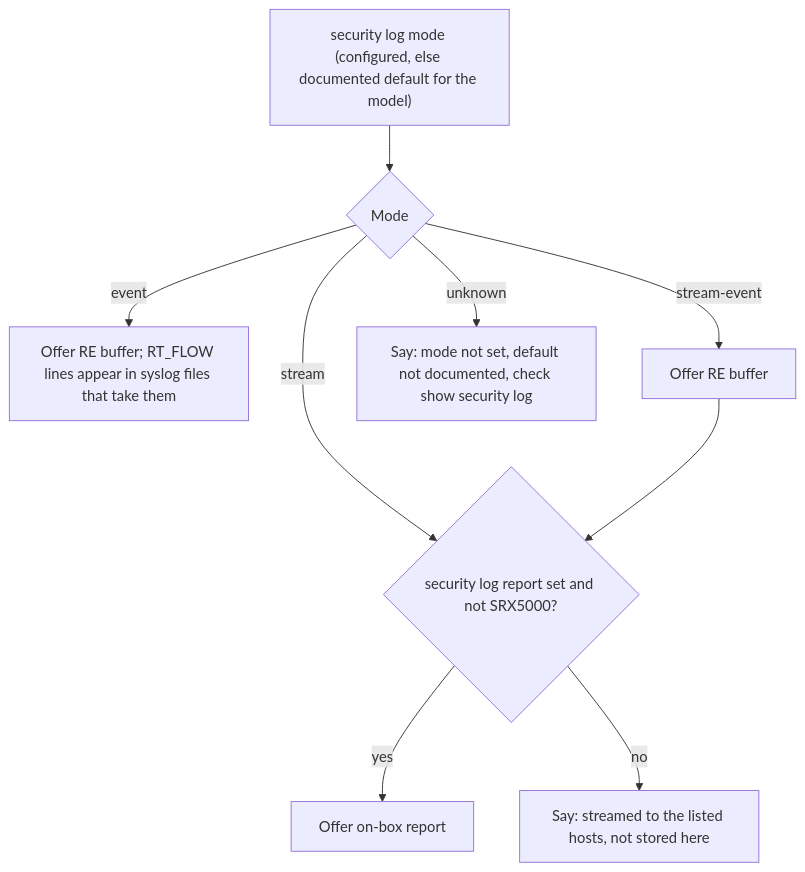
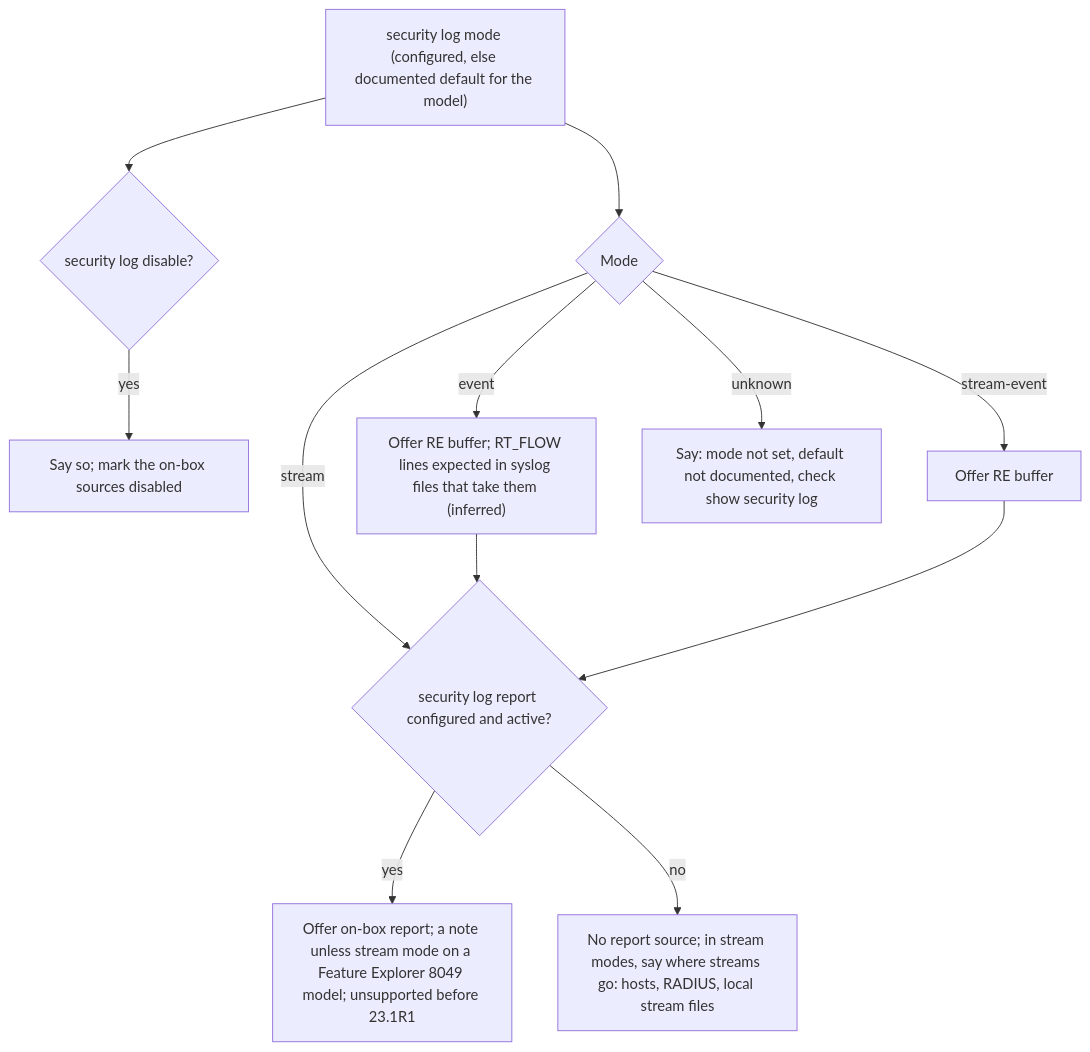
Before and after one commit to robertsonc/jwicket: the third of 3 diagrams in docs/specs/004-live-sessions-and-logs.md, drawn with Mermaid. The commit also changed other lines of this file and 45 other files, not shown here.

````diff
--- a/docs/specs/004-live-sessions-and-logs.md
+++ b/docs/specs/004-live-sessions-and-logs.md
@@ -475,11 +551,14 @@
 ```mermaid
 flowchart TD
     C["security log mode (configured, else documented default for the model)"] --> E{"Mode"}
-    E -- event --> EV["Offer RE buffer; RT_FLOW lines appear in syslog files that take them"]
-    E -- stream --> ST{"security log report set and not SRX5000?"}
+    C --> DIS{"security log disable?"}
+    DIS -- yes --> DD["Say so; mark the on-box sources disabled"]
+    E -- event --> EV["Offer RE buffer; RT_FLOW lines expected in syslog files that take them (inferred)"]
+    E -- stream --> ST{"security log report configured and active?"}
     E -- stream-event --> SE["Offer RE buffer"]
+    EV --> ST
     SE --> ST
-    ST -- yes --> RP["Offer on-box report"]
-    ST -- no --> OFF["Say: streamed to the listed hosts, not stored here"]
+    ST -- yes --> RP["Offer on-box report; a note unless stream mode on a Feature Explorer 8049 model; unsupported before 23.1R1"]
+    ST -- no --> OFF["No report source; in stream modes, say where streams go: hosts, RADIUS, local stream files"]
     E -- unknown --> UK["Say: mode not set, default not documented, check show security log"]
 ```
````
